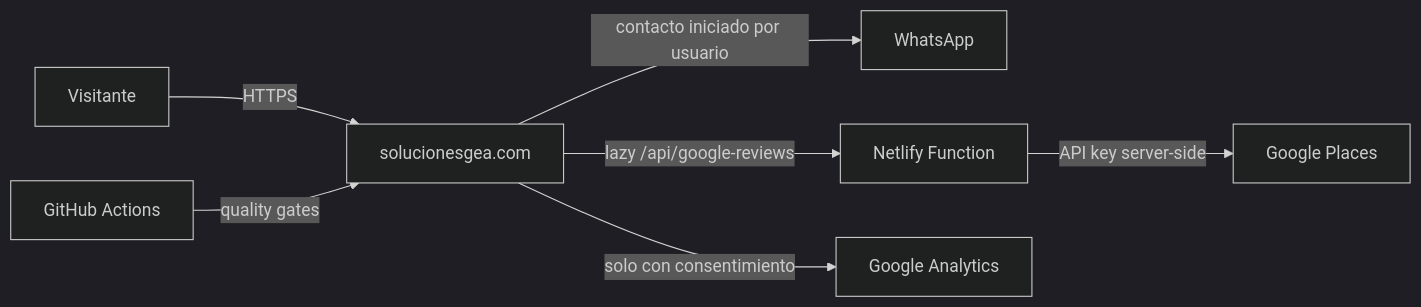
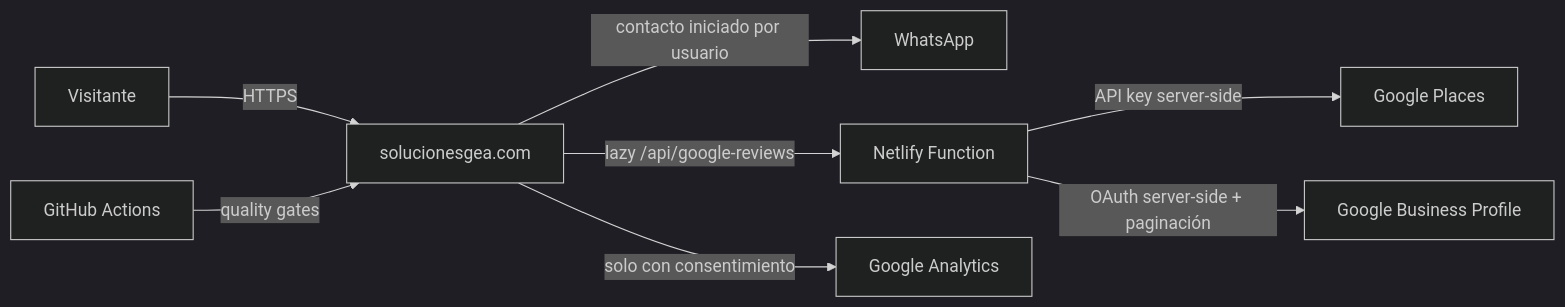
The diagram in docs/engineering/ARCHITECTURE.md (drakcore12/gea), drawn with Mermaid (dark theme) before and after one commit.

Commit message:
Documentar reseñas completas con Business Profile

````diff
--- a/docs/engineering/ARCHITECTURE.md
+++ b/docs/engineering/ARCHITECTURE.md
@@ -22,9 +22,10 @@
 ```mermaid
 flowchart LR
   U[Visitante] -->|HTTPS| S[solucionesgea.com]
   S -->|contacto iniciado por usuario| W[WhatsApp]
   S -->|lazy /api/google-reviews| N[Netlify Function]
   N -->|API key server-side| G[Google Places]
+  N -->|OAuth server-side + paginación| GBP[Google Business Profile]
   S -->|solo con consentimiento| A[Google Analytics]
   GH[GitHub Actions] -->|quality gates| S
 ```
````
